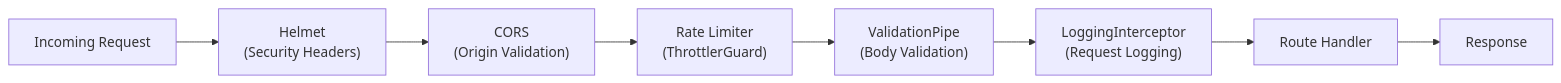
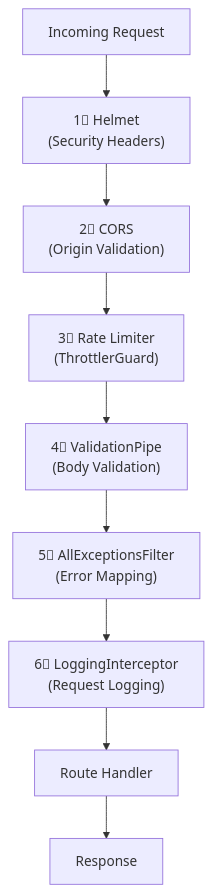
Before and after one commit to nurulizyansyaza/personal-task-tracker-api: the first of 3 diagrams in README.md, drawn with Mermaid. The commit also changed other lines of this file, not shown here.

````diff
--- a/README.md
+++ b/README.md
@@ -42,10 +276,12 @@
 ```mermaid
-flowchart LR
-    REQ["Incoming Request"] --> HELMET["Helmet<br/>(Security Headers)"]
-    HELMET --> CORS["CORS<br/>(Origin Validation)"]
-    CORS --> THROTTLE["Rate Limiter<br/>(ThrottlerGuard)"]
-    THROTTLE --> PIPE["ValidationPipe<br/>(Body Validation)"]
-    PIPE --> LOG["LoggingInterceptor<br/>(Request Logging)"]
-    LOG --> HANDLER["Route Handler"]
-    HANDLER --> RES["Response"]
+flowchart TD
+ REQ[" Incoming Request"]
+ REQ --> HELMET["1⃣ Helmet\n(Security Headers)"]
+ HELMET --> CORS["2⃣ CORS\n(Origin Validation)"]
+ CORS --> THROTTLE["3⃣ Rate Limiter\n(ThrottlerGuard)"]
+ THROTTLE --> PIPE["4⃣ ValidationPipe\n(Body Validation)"]
+ PIPE --> FILTER["5⃣ AllExceptionsFilter\n(Error Mapping)"]
+ FILTER --> LOG["6⃣ LoggingInterceptor\n(Request Logging)"]
+ LOG --> HANDLER[" Route Handler"]
+ HANDLER --> RES[" Response"]
 ```
````
